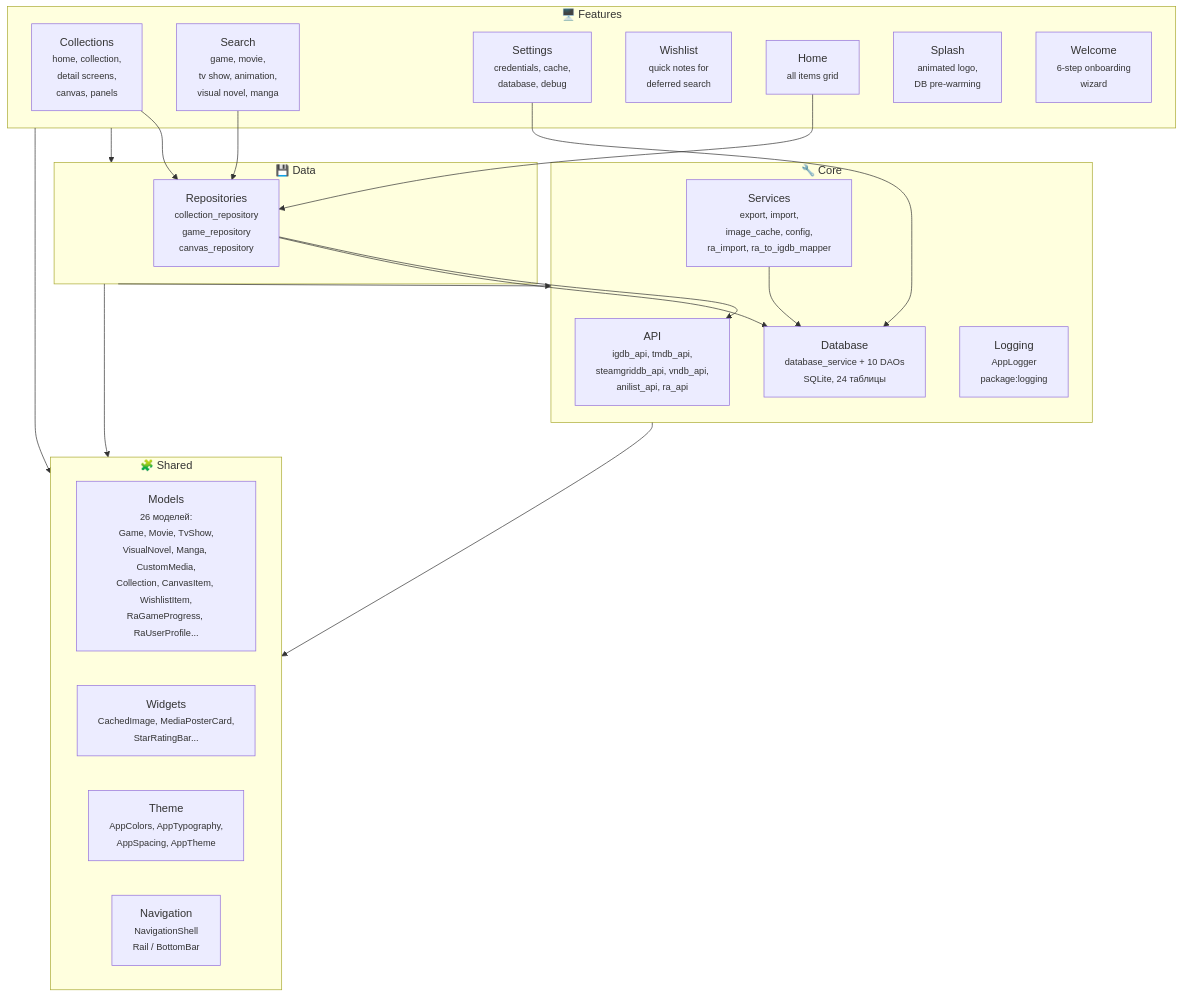
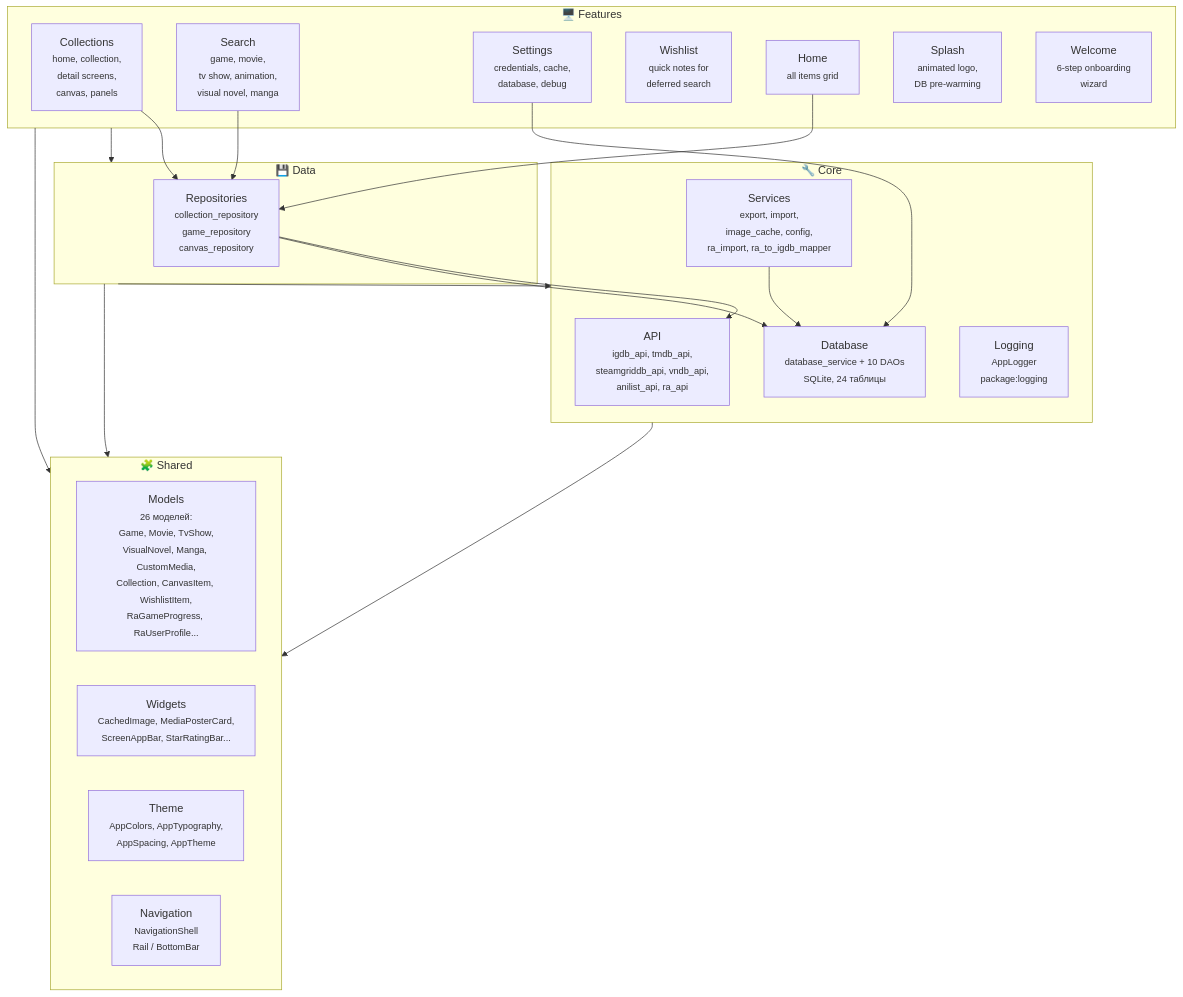
One commit to hacan359/tonkatsu_box changed the first of 2 diagrams in docs/ARCHITECTURE.md. Above: the diagram before and after it, drawn with Mermaid. The commit also changed other lines of this file and 27 other files, not shown here.

First line of the commit message:
feat(ui): add ScreenAppBar with titles to all screens

````diff
--- a/docs/ARCHITECTURE.md
+++ b/docs/ARCHITECTURE.md
@@ -24,44 +24,44 @@
 ```mermaid
 graph TB
     subgraph core ["🔧 Core"]
         api["API<br/><small>igdb_api, tmdb_api,<br/>steamgriddb_api, vndb_api,<br/>anilist_api, ra_api</small>"]
         database["Database<br/><small>database_service + 10 DAOs<br/>SQLite, 24 таблицы</small>"]
         logging["Logging<br/><small>AppLogger<br/>package:logging</small>"]
         services["Services<br/><small>export, import,<br/>image_cache, config,<br/>ra_import, ra_to_igdb_mapper</small>"]
     end
 
     subgraph data ["💾 Data"]
         repositories["Repositories<br/><small>collection_repository<br/>game_repository<br/>canvas_repository</small>"]
     end
 
     subgraph features ["🖥️ Features"]
         collections["Collections<br/><small>home, collection,<br/>detail screens,<br/>canvas, panels</small>"]
         search["Search<br/><small>game, movie,<br/>tv show, animation,<br/>visual novel, manga</small>"]
         settings["Settings<br/><small>credentials, cache,<br/>database, debug</small>"]
         wishlist["Wishlist<br/><small>quick notes for<br/>deferred search</small>"]
         home["Home<br/><small>all items grid</small>"]
         splash["Splash<br/><small>animated logo,<br/>DB pre-warming</small>"]
         welcome["Welcome<br/><small>6-step onboarding<br/>wizard</small>"]
     end
 
     subgraph shared ["🧩 Shared"]
         models["Models<br/><small>26 моделей:<br/>Game, Movie, TvShow,<br/>VisualNovel, Manga, CustomMedia,<br/>Collection, CanvasItem, WishlistItem,<br/>RaGameProgress, RaUserProfile...</small>"]
-        widgets["Widgets<br/><small>CachedImage, MediaPosterCard,<br/>StarRatingBar...</small>"]
+        widgets["Widgets<br/><small>CachedImage, MediaPosterCard,<br/>ScreenAppBar, StarRatingBar...</small>"]
         theme["Theme<br/><small>AppColors, AppTypography,<br/>AppSpacing, AppTheme</small>"]
         navigation["Navigation<br/><small>NavigationShell<br/>Rail / BottomBar</small>"]
     end
 
     features --> data
     features --> shared
     data --> core
     data --> shared
     core --> shared
 
     collections --> repositories
     search --> repositories
     settings --> database
     home --> repositories
     repositories --> api
     repositories --> database
     services --> database
 ```
````
